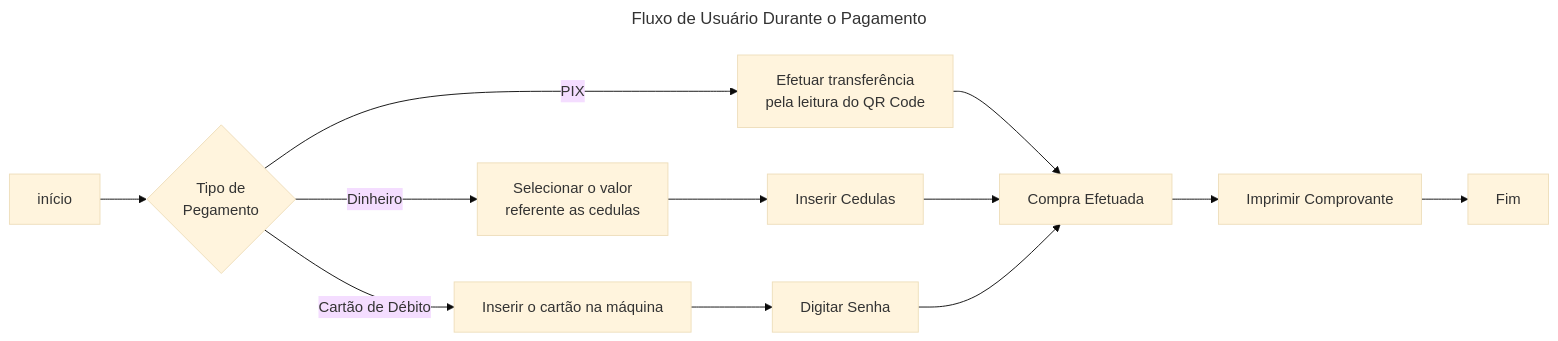
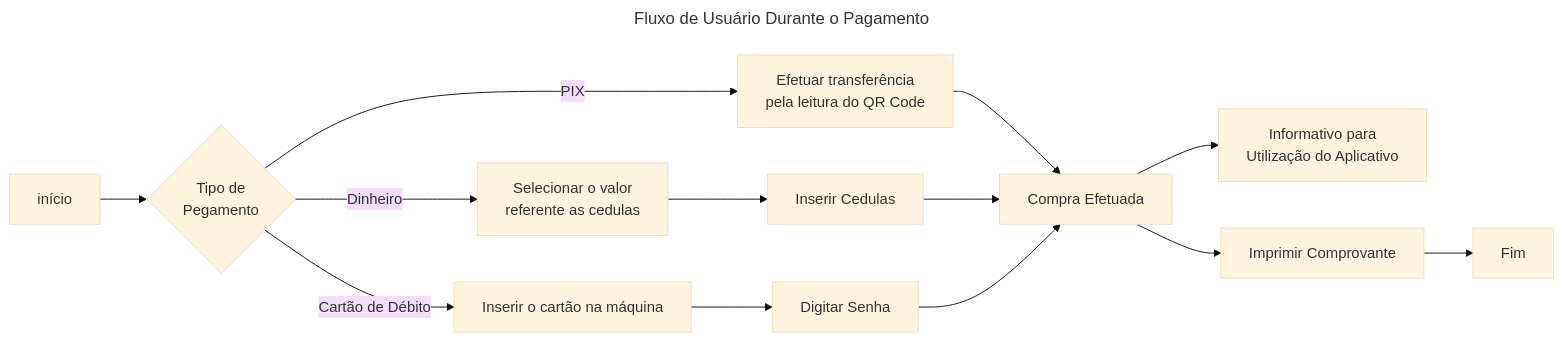
One commit to abfx2001/A3-Dual-AutoPass changed the fourth of 4 diagrams in README.md. Above: the diagram before and after it, drawn with Mermaid (base theme). The commit also changed other lines of this file, not shown here.

````diff
--- a/README.md
+++ b/README.md
@@ -145,17 +145,18 @@
 ```mermaid
 ---
 title: Fluxo de Usuário Durante o Pagamento
 ---
 graph LR 
 A[início] --> B{Tipo de \n Pegamento}
 B --> |PIX| C[Efetuar transferência \n pela leitura do QR Code]
 B --> |Dinheiro| D[Selecionar o valor \n referente as cedulas]
 B --> |Cartão de Débito| E[Inserir o cartão na máquina]
 C --> C1[Compra Efetuada]
 D --> D1[Inserir Cedulas]
 E --> E1[Digitar Senha]
 D1 --> C1
 E1 --> C1
+C1 --> I[Informativo para \n Utilização do Aplicativo]
 C1 --> F[Imprimir Comprovante]
 F --> G[Fim]
 ```
````
